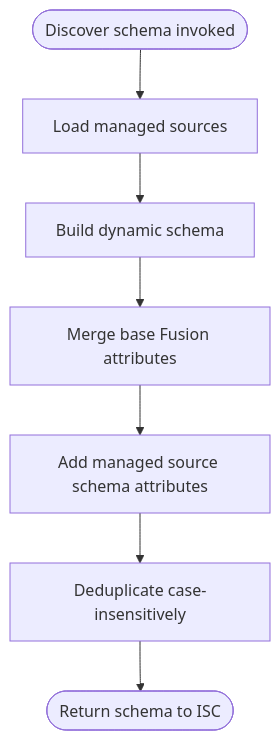
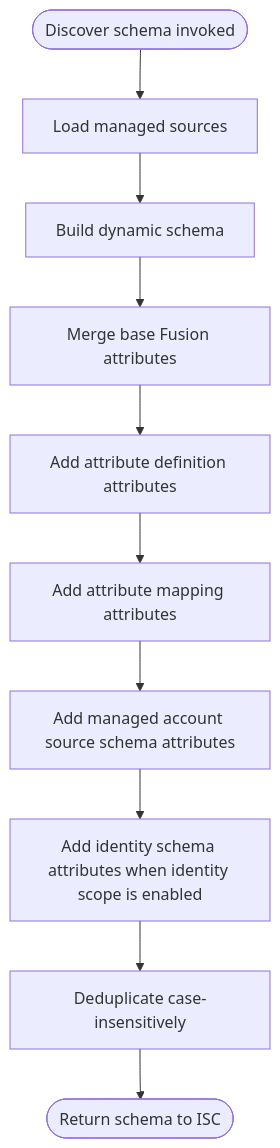
One commit to fernando-delosrios-sp/colab-saas-conn-sailpoint-identity-fusion changed the diagram in docs/operations/account-discover-schema.md. Above: the diagram before and after it, drawn with Mermaid. The commit also changed other lines of this file and 10 other files, not shown here.

First line of the commit message:
fix(schema): order schema discovery attribute sources

````diff
--- a/docs/operations/account-discover-schema.md
+++ b/docs/operations/account-discover-schema.md
@@ -9,9 +9,12 @@
 ```mermaid
 flowchart TD
     Start([Discover schema invoked]) --> Load[Load managed sources]
     Load --> Build[Build dynamic schema]
     Build --> Base[Merge base Fusion attributes]
-    Base --> Managed[Add managed source schema attributes]
-    Managed --> Dedup[Deduplicate case-insensitively]
+    Base --> Defs[Add attribute definition attributes]
+    Defs --> Maps[Add attribute mapping attributes]
+    Maps --> Managed[Add managed account source schema attributes]
+    Managed --> Identity[Add identity schema attributes when identity scope is enabled]
+    Identity --> Dedup[Deduplicate case-insensitively]
     Dedup --> Out([Return schema to ISC])
 ```
````
